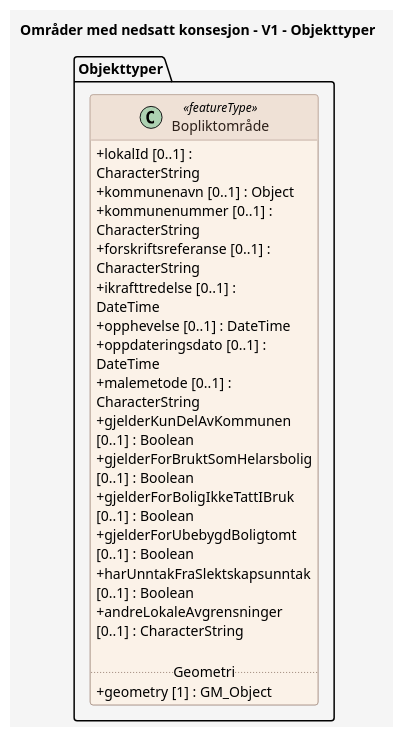
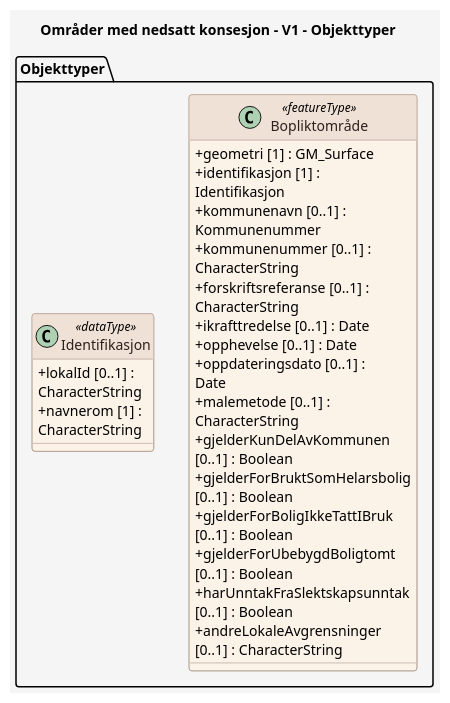
Before and after one commit to larsingea/ps_demo: the diagram in produktspesifikasjon/omrader-med-nedsatt-konsesjon/v1/v1_feature_catalogue.puml, drawn with PlantUML. The commit also changed 26 other files, not shown here.

```diff
--- a/produktspesifikasjon/omrader-med-nedsatt-konsesjon/v1/v1_feature_catalogue.puml
+++ b/produktspesifikasjon/omrader-med-nedsatt-konsesjon/v1/v1_feature_catalogue.puml
@@ -1,54 +1,57 @@
 @startuml
 ' For wide diagrams, render with: plantuml -DPLANTUML_LIMIT_SIZE=16384 ...
 ' The 'scale max' directive below caps the rendered output to prevent the
 ' default PlantUML 4096px size limit from cropping the diagram.
 scale max 4000*4000
 
 title Områder med nedsatt konsesjon - V1 - Objekttyper
 
 skinparam backgroundColor #F5F5F5
 skinparam shadowing false
 skinparam RoundCorner 6
 skinparam ArrowColor #6C8198
 skinparam wrapWidth 200
 skinparam class {
   BackgroundColor #FBF2E8
   BorderColor #9C8578
   FontColor #2D201A
   HeaderBackgroundColor #EFE1D6
   HeaderFontColor #2D201A
   AttributeIconSize 0
 }
 skinparam note {
   BackgroundColor #FFFFFF
   BorderColor #6C8198
   FontColor #2D201A
 }
 skinparam stereotypeCBackgroundColor #EAD9CE
 skinparam stereotypeCBorderColor #9C8578
 skinparam stereotypeCFontColor #2D201A
 
 package "Objekttyper" {
 
   class "Bopliktområde" as Bopliktomr_de <<featureType>> {
-    + lokalId [0..1] : CharacterString
-    + kommunenavn [0..1] : Object
+    + geometri [1] : GM_Surface
+    + identifikasjon [1] : Identifikasjon
+    + kommunenavn [0..1] : Kommunenummer
     + kommunenummer [0..1] : CharacterString
     + forskriftsreferanse [0..1] : CharacterString
-    + ikrafttredelse [0..1] : DateTime
-    + opphevelse [0..1] : DateTime
-    + oppdateringsdato [0..1] : DateTime
+    + ikrafttredelse [0..1] : Date
+    + opphevelse [0..1] : Date
+    + oppdateringsdato [0..1] : Date
     + malemetode [0..1] : CharacterString
     + gjelderKunDelAvKommunen [0..1] : Boolean
     + gjelderForBruktSomHelarsbolig [0..1] : Boolean
     + gjelderForBoligIkkeTattIBruk [0..1] : Boolean
     + gjelderForUbebygdBoligtomt [0..1] : Boolean
     + harUnntakFraSlektskapsunntak [0..1] : Boolean
     + andreLokaleAvgrensninger [0..1] : CharacterString
+  }
 
-    ..Geometri..
-    + geometry [1] : GM_Object
+  class Identifikasjon <<dataType>> {
+    + lokalId [0..1] : CharacterString
+    + navnerom [1] : CharacterString
   }
 }
 
 @enduml
```
